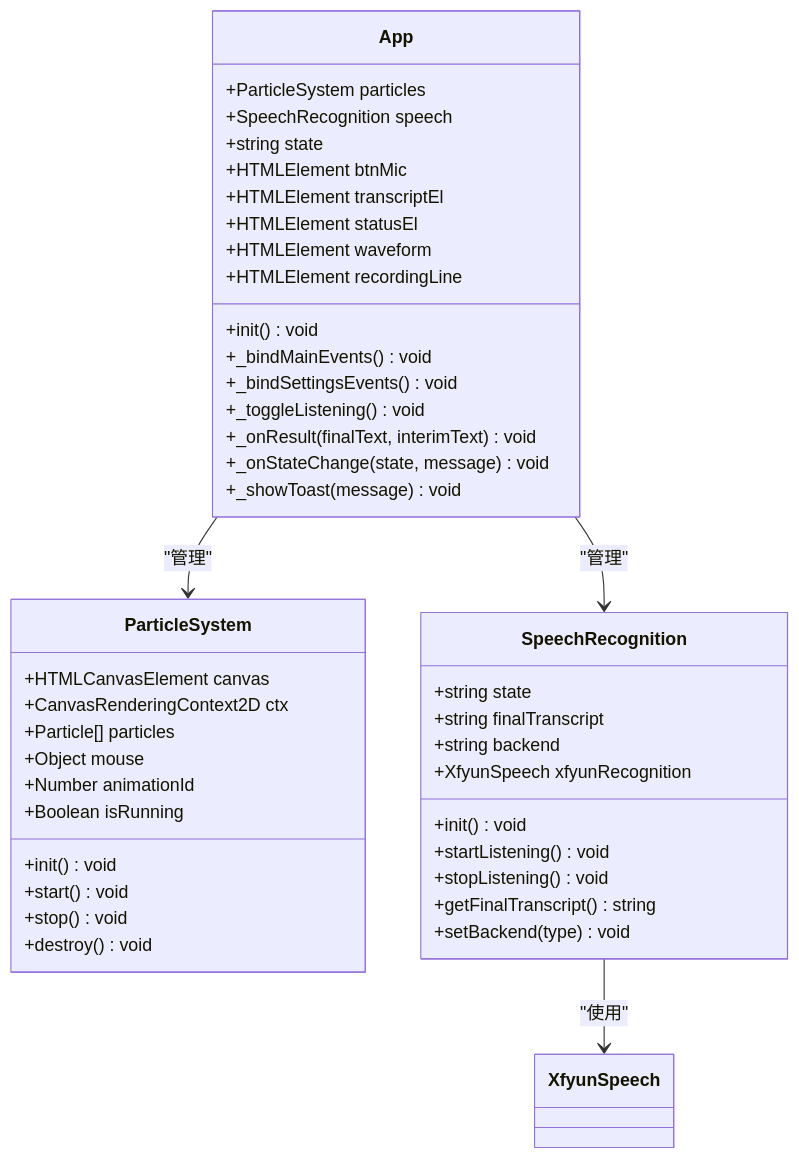
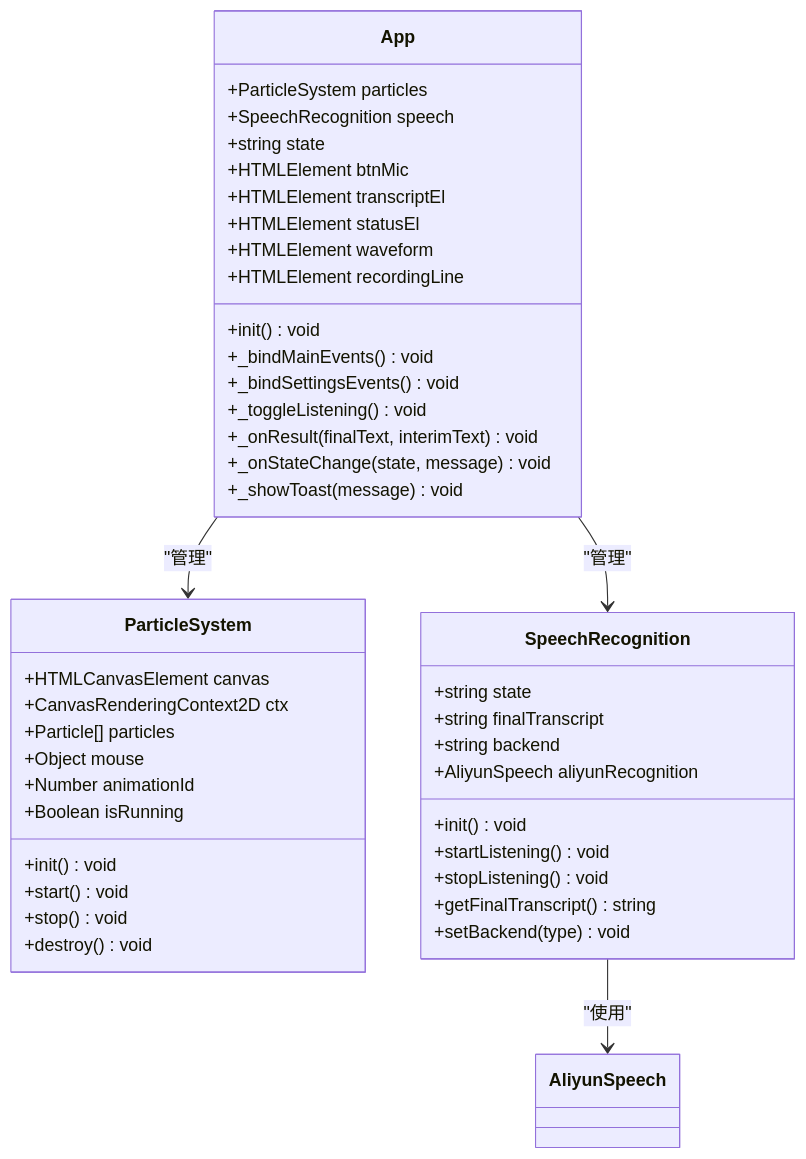
Before and after one commit to db300/MySpeechRecognition: the second of 8 diagrams in .qoder/repowiki/zh/content/故障排除指南/界面交互问题.md, drawn with Mermaid. The commit also changed other lines of this file and 15 other files, not shown here.

````diff
--- a/.qoder/repowiki/zh/content/故障排除指南/界面交互问题.md
+++ b/.qoder/repowiki/zh/content/故障排除指南/界面交互问题.md
@@ -81,46 +91,46 @@
 ```mermaid
 classDiagram
 class App {
 +ParticleSystem particles
 +SpeechRecognition speech
 +string state
 +HTMLElement btnMic
 +HTMLElement transcriptEl
 +HTMLElement statusEl
 +HTMLElement waveform
 +HTMLElement recordingLine
 +init() void
 +_bindMainEvents() void
 +_bindSettingsEvents() void
 +_toggleListening() void
 +_onResult(finalText, interimText) void
 +_onStateChange(state, message) void
 +_showToast(message) void
 }
 class ParticleSystem {
 +HTMLCanvasElement canvas
 +CanvasRenderingContext2D ctx
 +Particle[] particles
 +Object mouse
 +Number animationId
 +Boolean isRunning
 +init() void
 +start() void
 +stop() void
 +destroy() void
 }
 class SpeechRecognition {
 +string state
 +string finalTranscript
 +string backend
-+XfyunSpeech xfyunRecognition
++AliyunSpeech aliyunRecognition
 +init() void
 +startListening() void
 +stopListening() void
 +getFinalTranscript() string
 +setBackend(type) void
 }
 App --> ParticleSystem : "管理"
 App --> SpeechRecognition : "管理"
-SpeechRecognition --> XfyunSpeech : "使用"
+SpeechRecognition --> AliyunSpeech : "使用"
 ```
````
